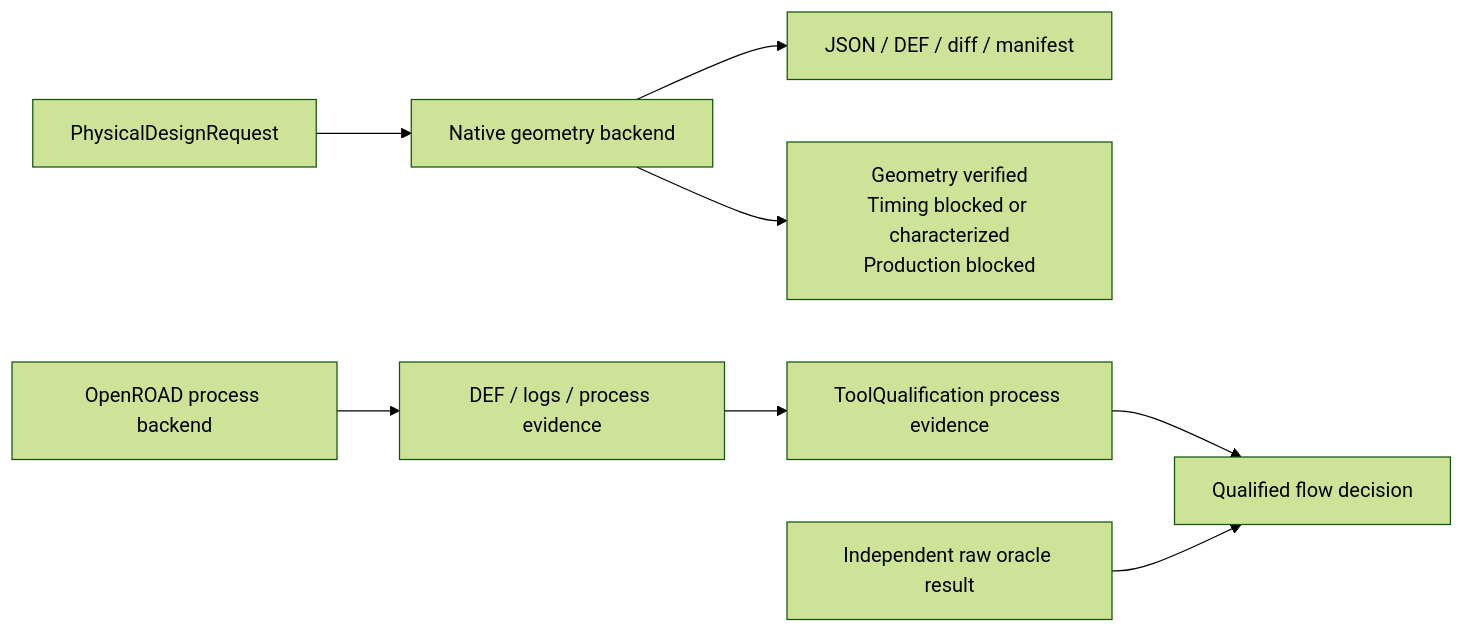
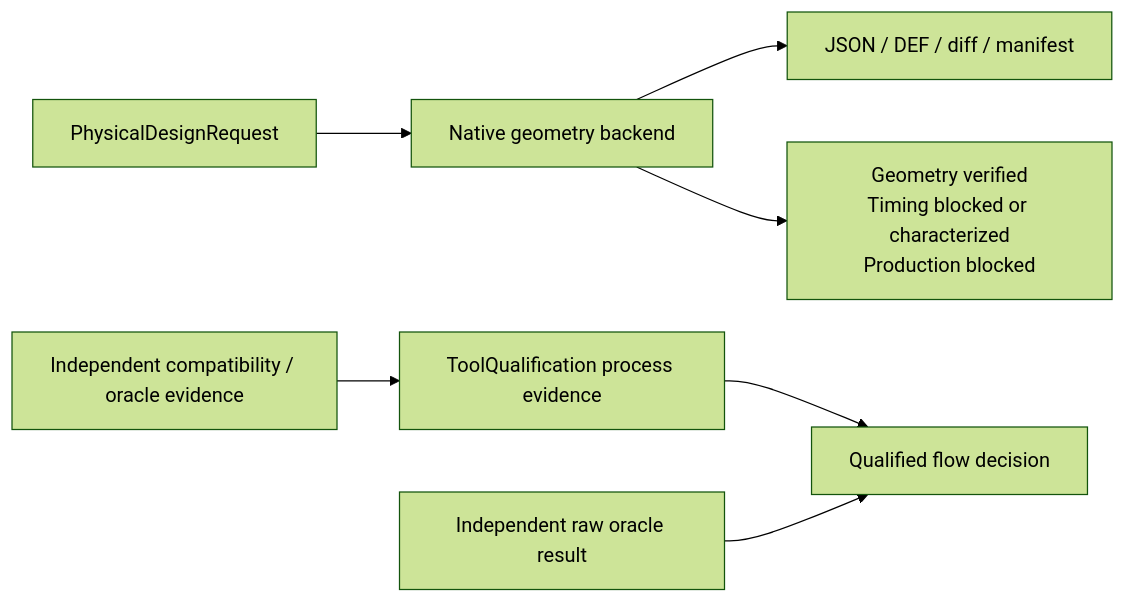
The diagram in README.md (1amageek/PhysicalDesignEngine), drawn with Mermaid (forest theme) before and after one commit. The commit also changed other lines of this file and 197 other files, not shown here.

````diff
--- a/README.md
+++ b/README.md
@@ -9,10 +9,9 @@
 ```mermaid
 flowchart LR
   Request["PhysicalDesignRequest"] --> Native["Native geometry backend"]
   Native --> Revision["JSON / DEF / diff / manifest"]
   Native --> Claims["Geometry verified\nTiming blocked or characterized\nProduction blocked"]
-  Production["OpenROAD process backend"] --> Evidence["DEF / logs / process evidence"]
+  Evidence["Independent compatibility / oracle evidence"] --> TQ
   TQ["ToolQualification process evidence"] --> Qualified["Qualified flow decision"]
   Oracle["Independent raw oracle result"] --> Qualified
-  Evidence --> TQ
 ```
````
